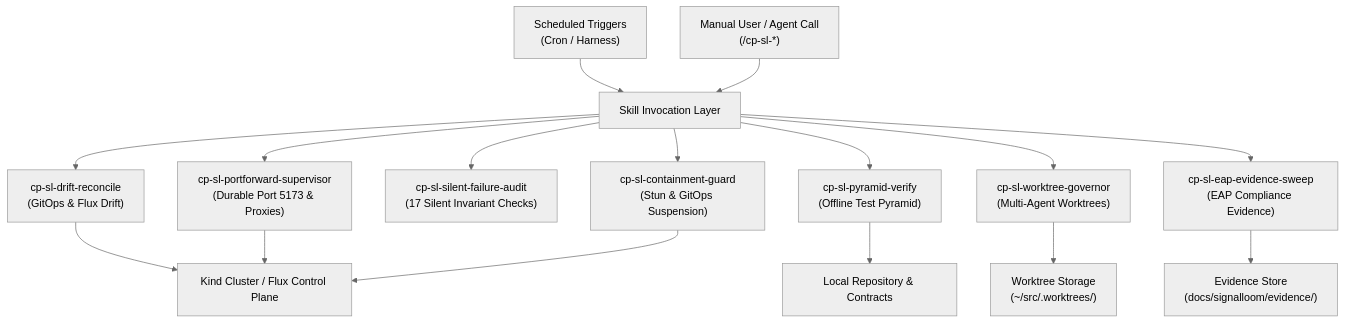
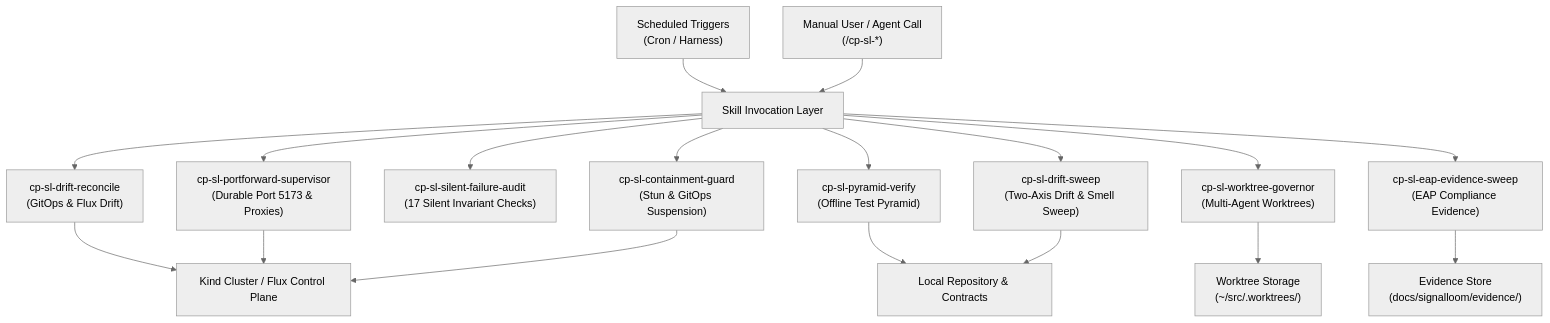
Before and after one commit to sublimino/architecture-as-code: the diagram in docs/signalloom/scheduled-skills.md, drawn with Mermaid (neutral theme). The commit also changed other lines of this file and 36 other files, not shown here.

Commit message:
feat(skills): add cp-sl-drift-sweep two-axis drift and smell sweeper skill

````diff
--- a/docs/signalloom/scheduled-skills.md
+++ b/docs/signalloom/scheduled-skills.md
@@ -13,20 +13,22 @@
 ```mermaid
 flowchart TD
   CRON["Scheduled Triggers<br/>(Cron / Harness)"] --> RUNNER["Skill Invocation Layer"]
   MANUAL["Manual User / Agent Call<br/>(/cp-sl-*)"] --> RUNNER
 
   RUNNER --> DRIFT["cp-sl-drift-reconcile<br/>(GitOps & Flux Drift)"]
   RUNNER --> INGRESS["cp-sl-portforward-supervisor<br/>(Durable Port 5173 & Proxies)"]
   RUNNER --> AUDIT["cp-sl-silent-failure-audit<br/>(17 Silent Invariant Checks)"]
   RUNNER --> GUARD["cp-sl-containment-guard<br/>(Stun & GitOps Suspension)"]
   RUNNER --> PYRAMID["cp-sl-pyramid-verify<br/>(Offline Test Pyramid)"]
   RUNNER --> GOV["cp-sl-worktree-governor<br/>(Multi-Agent Worktrees)"]
   RUNNER --> SWEEP["cp-sl-eap-evidence-sweep<br/>(EAP Compliance Evidence)"]
+  RUNNER --> DSWEEP["cp-sl-drift-sweep<br/>(Two-Axis Drift & Smell Sweep)"]
 
   DRIFT --> CLUSTER["Kind Cluster / Flux Control Plane"]
   INGRESS --> CLUSTER
   GUARD --> CLUSTER
   SWEEP --> EVIDENCE["Evidence Store<br/>(docs/signalloom/evidence/)"]
   PYRAMID --> REPO["Local Repository & Contracts"]
+  DSWEEP --> REPO
   GOV --> WORKTREES["Worktree Storage<br/>(~/src/.worktrees/)"]
 ```
````
